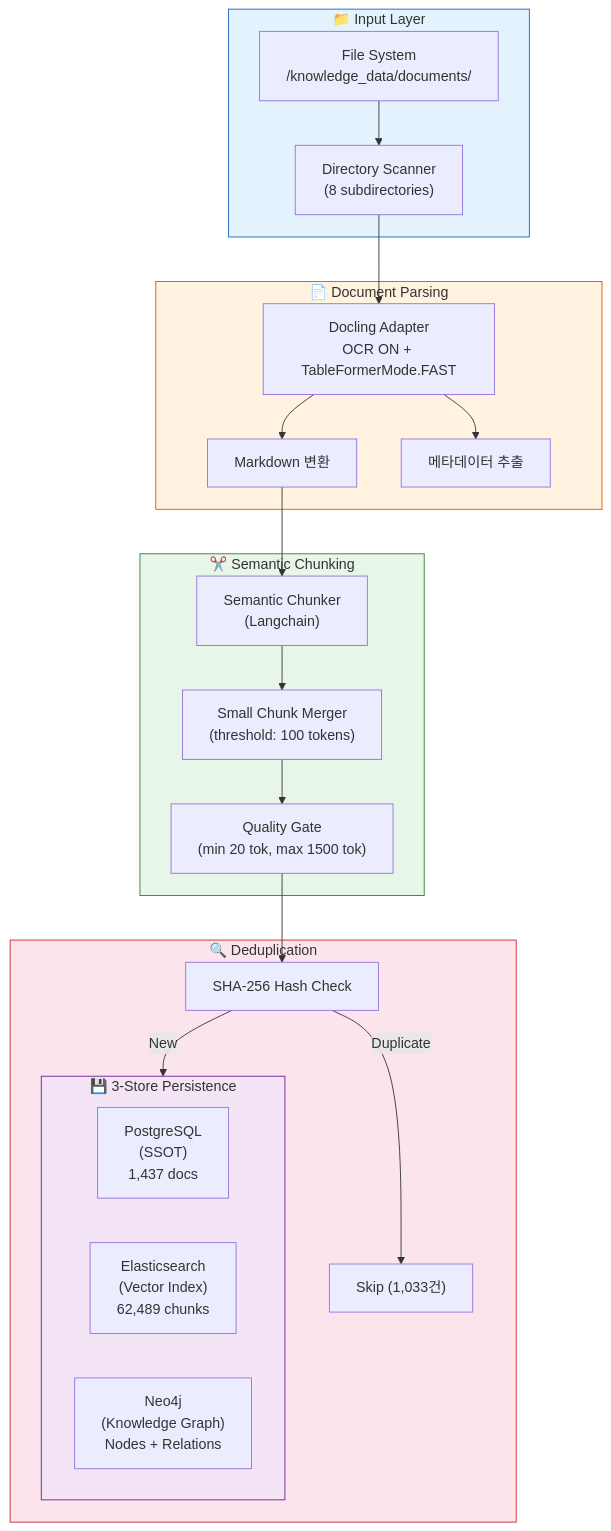
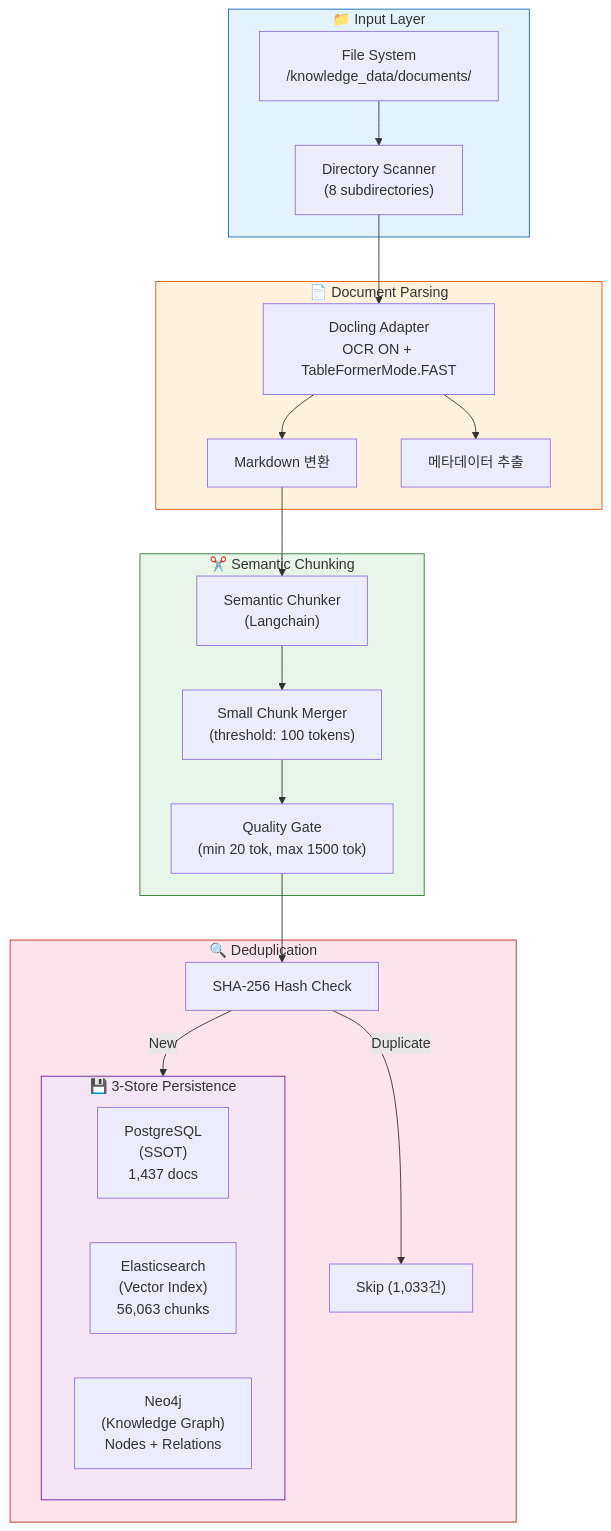
One commit to k82022603/hybrid-rag-knowledge-ops changed the first of 11 diagrams in knowledge_service/docs/07_maintenance/28_etl_phase1_final_report.md. Above: the diagram before and after it, drawn with Mermaid. The commit also changed other lines of this file and 4 other files, not shown here.

````diff
--- a/knowledge_service/docs/07_maintenance/28_etl_phase1_final_report.md
+++ b/knowledge_service/docs/07_maintenance/28_etl_phase1_final_report.md
@@ -34,38 +34,38 @@
 ```mermaid
 flowchart TB
     subgraph Input["📁 Input Layer"]
         FS["File System<br/>/knowledge_data/documents/"]
         FS --> Scanner["Directory Scanner<br/>(8 subdirectories)"]
     end
 
     subgraph Parse["📄 Document Parsing"]
         Scanner --> Docling["Docling Adapter<br/>OCR ON + TableFormerMode.FAST"]
         Docling --> MD["Markdown 변환"]
         Docling --> Meta["메타데이터 추출"]
     end
 
     subgraph Chunk["✂️ Semantic Chunking"]
         MD --> SC["Semantic Chunker<br/>(Langchain)"]
         SC --> Merge["Small Chunk Merger<br/>(threshold: 100 tokens)"]
         Merge --> QG["Quality Gate<br/>(min 20 tok, max 1500 tok)"]
     end
 
     subgraph Dedup["🔍 Deduplication"]
         QG --> Hash["SHA-256 Hash Check"]
         Hash -->|New| Store
         Hash -->|Duplicate| Skip["Skip (1,033건)"]
     end
 
     subgraph Store["💾 3-Store Persistence"]
         direction LR
         PG["PostgreSQL<br/>(SSOT)<br/>1,437 docs"]
-        ES["Elasticsearch<br/>(Vector Index)<br/>62,489 chunks"]
+        ES["Elasticsearch<br/>(Vector Index)<br/>56,063 chunks"]
         Neo4j["Neo4j<br/>(Knowledge Graph)<br/>Nodes + Relations"]
     end
 
     style Input fill:#e3f2fd,stroke:#1565c0
     style Parse fill:#fff3e0,stroke:#e65100
     style Chunk fill:#e8f5e9,stroke:#2e7d32
     style Dedup fill:#fce4ec,stroke:#c62828
     style Store fill:#f3e5f5,stroke:#6a1b9a
 ```
````
